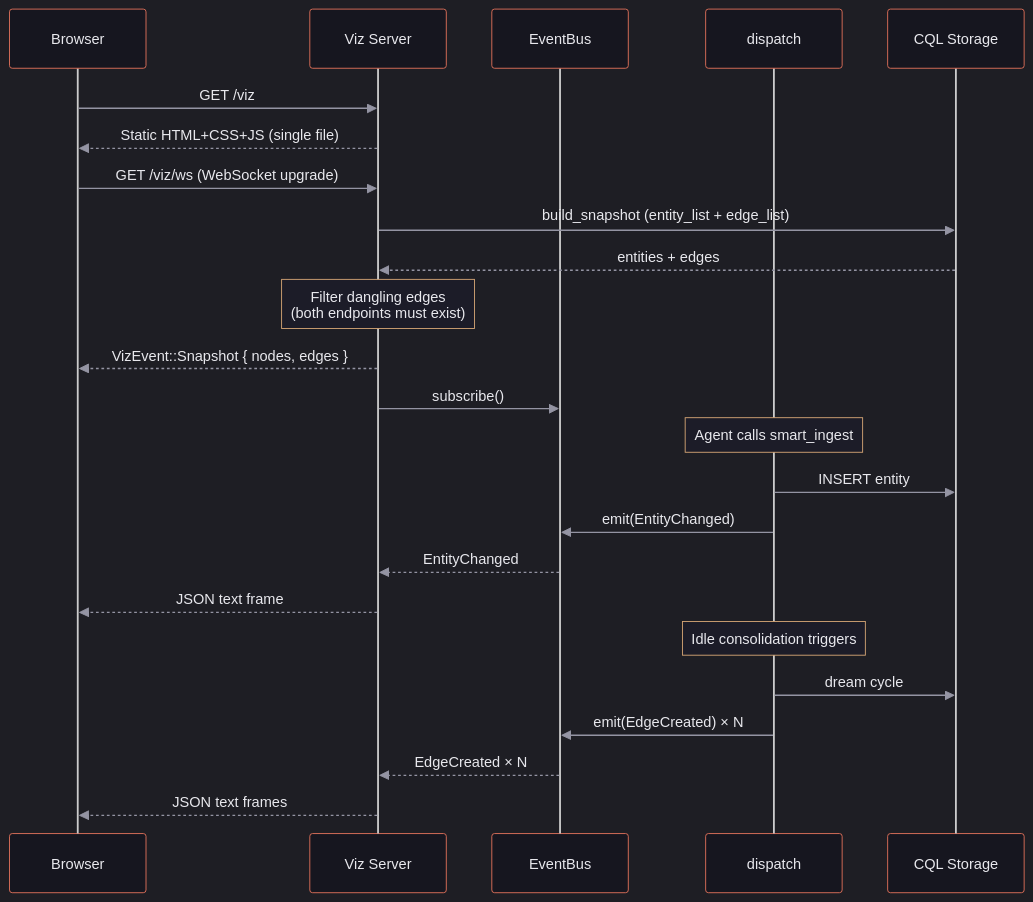
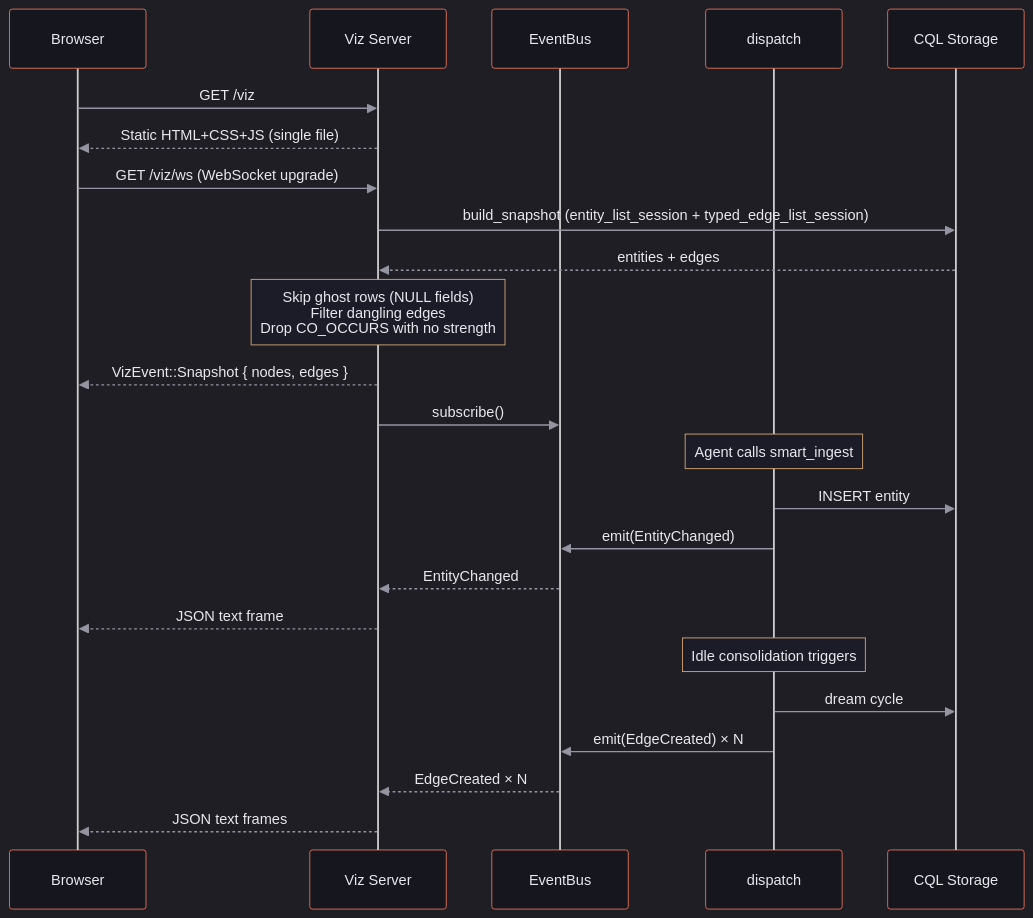
Before and after one commit to ferrosadb/ferrosa-memory: the second of 3 diagrams in specs/visualization.md, drawn with Mermaid. The commit also changed other lines of this file and 30 other files, not shown here.

````diff
--- a/specs/visualization.md
+++ b/specs/visualization.md
@@ -41,31 +41,31 @@
 ```mermaid
 %%{init: {'theme':'dark','themeVariables':{'actorBkg':'#16161f','actorTextColor':'#e8e8ed','actorBorder':'#e2725b','signalColor':'#9494a3','signalTextColor':'#e8e8ed','labelBoxBkgColor':'#16161f','labelBoxBorderColor':'#e2725b','labelTextColor':'#e8e8ed','loopTextColor':'#e8e8ed','noteBkgColor':'#1c1c28','noteBorderColor':'#d4a574','noteTextColor':'#e8e8ed','activationBkgColor':'#1c1c28','activationBorderColor':'#e2725b'}}}%%
 sequenceDiagram
     participant B as Browser
     participant V as Viz Server
     participant EB as EventBus
     participant D as dispatch
     participant S as CQL Storage
 
     B->>V: GET /viz
     V-->>B: Static HTML+CSS+JS (single file)
 
     B->>V: GET /viz/ws (WebSocket upgrade)
-    V->>S: build_snapshot (entity_list + edge_list)
+    V->>S: build_snapshot (entity_list_session + typed_edge_list_session)
     S-->>V: entities + edges
-    Note over V: Filter dangling edges<br/>(both endpoints must exist)
+    Note over V: Skip ghost rows (NULL fields)<br/>Filter dangling edges<br/>Drop CO_OCCURS with no strength
     V-->>B: VizEvent::Snapshot { nodes, edges }
     V->>EB: subscribe()
 
     Note over D: Agent calls smart_ingest
     D->>S: INSERT entity
     D->>EB: emit(EntityChanged)
     EB-->>V: EntityChanged
     V-->>B: JSON text frame
 
     Note over D: Idle consolidation triggers
     D->>S: dream cycle
     D->>EB: emit(EdgeCreated) × N
     EB-->>V: EdgeCreated × N
     V-->>B: JSON text frames
 ```
````
